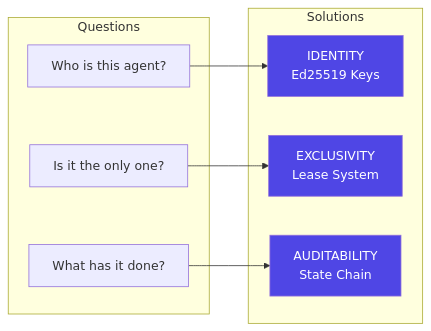
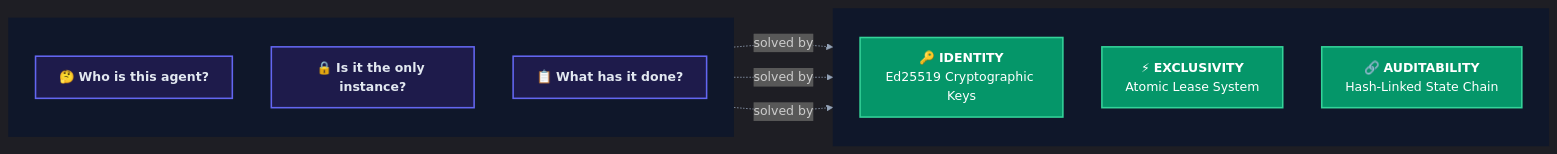
The first of 7 diagrams in README.md (trustorno/sigaid), drawn with Mermaid before and after one commit. The commit also changed other lines of this file, not shown here.

Commit message:
Enhance README with polished dark-themed Mermaid diagrams

````diff
--- a/README.md
+++ b/README.md
@@ -17,22 +23,30 @@
 ```mermaid
+%%{init: {'theme': 'dark', 'themeVariables': { 'primaryColor': '#6366f1', 'primaryTextColor': '#fff', 'primaryBorderColor': '#818cf8', 'lineColor': '#94a3b8', 'secondaryColor': '#1e1b4b', 'tertiaryColor': '#312e81', 'background': '#0f0f23', 'mainBkg': '#1e1b4b', 'secondBkg': '#312e81', 'fontFamily': 'ui-monospace, monospace'}}}%%
 flowchart LR
-    subgraph Questions
-        Q1["Who is this agent?"]
-        Q2["Is it the only one?"]
-        Q3["What has it done?"]
+    subgraph Q[" "]
+        direction TB
+        Q1["🤔 <b>Who is this agent?</b>"]
+        Q2["🔒 <b>Is it the only instance?</b>"]
+        Q3["📋 <b>What has it done?</b>"]
     end
 
-    subgraph Solutions
-        S1["IDENTITY<br/>Ed25519 Keys"]
-        S2["EXCLUSIVITY<br/>Lease System"]
-        S3["AUDITABILITY<br/>State Chain"]
+    subgraph A[" "]
+        direction TB
+        A1["🔑 <b>IDENTITY</b><br/>Ed25519 Cryptographic Keys"]
+        A2["⚡ <b>EXCLUSIVITY</b><br/>Atomic Lease System"]
+        A3["🔗 <b>AUDITABILITY</b><br/>Hash-Linked State Chain"]
     end
 
-    Q1 --> S1
-    Q2 --> S2
-    Q3 --> S3
+    Q1 -.->|solved by| A1
+    Q2 -.->|solved by| A2
+    Q3 -.->|solved by| A3
 
-    style S1 fill:#4f46e5,color:#fff
-    style S2 fill:#4f46e5,color:#fff
-    style S3 fill:#4f46e5,color:#fff
+    style Q fill:#0f172a,stroke:#334155,stroke-width:0px
+    style A fill:#0f172a,stroke:#334155,stroke-width:0px
+    style Q1 fill:#1e1b4b,stroke:#6366f1,stroke-width:2px,color:#e2e8f0
+    style Q2 fill:#1e1b4b,stroke:#6366f1,stroke-width:2px,color:#e2e8f0
+    style Q3 fill:#1e1b4b,stroke:#6366f1,stroke-width:2px,color:#e2e8f0
+    style A1 fill:#059669,stroke:#34d399,stroke-width:2px,color:#fff
+    style A2 fill:#059669,stroke:#34d399,stroke-width:2px,color:#fff
+    style A3 fill:#059669,stroke:#34d399,stroke-width:2px,color:#fff
 ```
````
